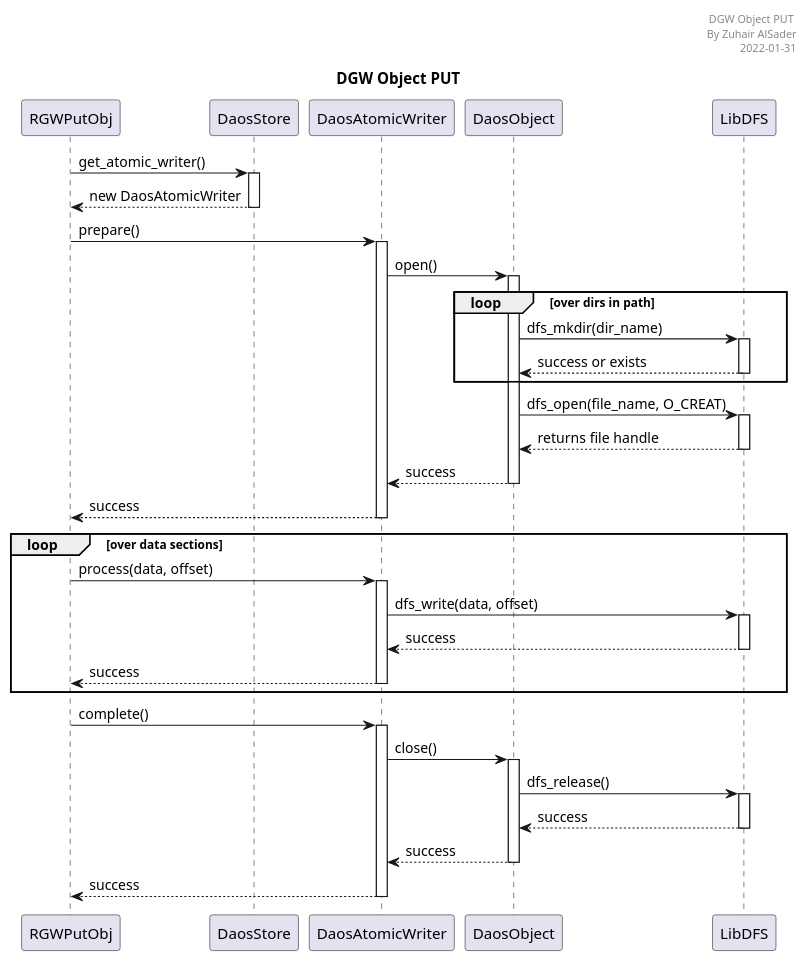
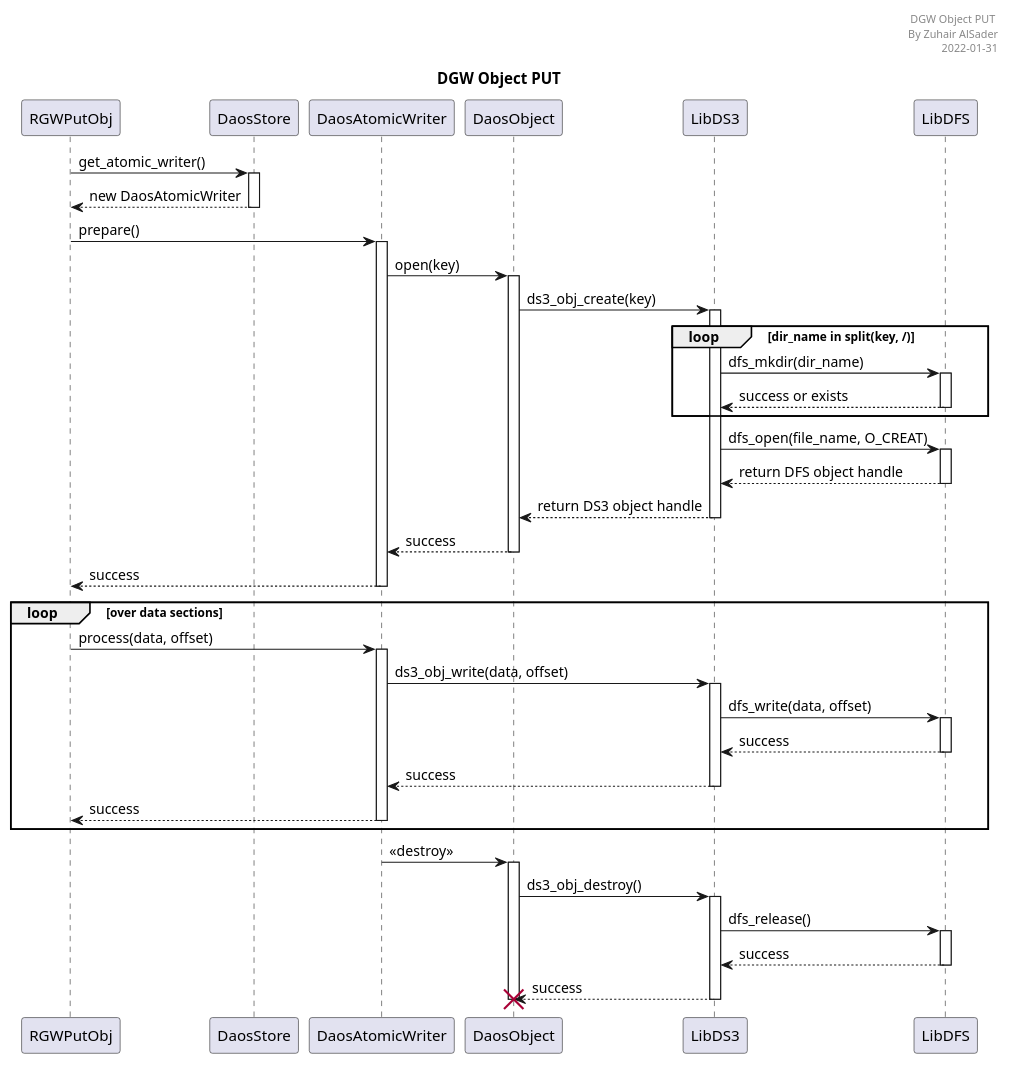
One commit to zalsader/DGW-ops changed the diagram in DGW_Object_PUT.plantuml. Above: the diagram before and after it, drawn with PlantUML. The commit also changed 2 other files, not shown here.

Commit message:
Update charts for libds3

```diff
--- a/DGW_Object_PUT.plantuml
+++ b/DGW_Object_PUT.plantuml
@@ -1,46 +1,51 @@
 @startuml DGW Object PUT
 
 header DGW Object PUT \n By Zuhair AlSader\n2022-01-31
 title DGW Object PUT
 
 participant "RGWPutObj" as rgw
 participant "DaosStore" as store
 participant "DaosAtomicWriter" as writer
 participant "DaosObject" as object
+participant "LibDS3" as libds3
 participant "LibDFS" as libdfs
 
 autoactivate on
 
 rgw -> store: get_atomic_writer()
 store --> rgw: new DaosAtomicWriter
 
 
 rgw -> writer: prepare()
-writer -> object: open()
+writer -> object: open(key)
+object -> libds3: ds3_obj_create(key)
 
-loop over dirs in path
-  object -> libdfs: dfs_mkdir(dir_name)
-  libdfs --> object: success or exists
+loop dir_name in split(key, /)
+  libds3 -> libdfs: dfs_mkdir(dir_name)
+  libdfs --> libds3: success or exists
 end
 
-object -> libdfs: dfs_open(file_name, O_CREAT)
-libdfs --> object: returns file handle
+libds3 -> libdfs: dfs_open(file_name, O_CREAT)
+libdfs --> libds3: return DFS object handle
 
+libds3 --> object: return DS3 object handle
 object --> writer: success
 writer --> rgw: success
 
 loop over data sections
   rgw -> writer: process(data, offset)
-  writer-> libdfs: dfs_write(data, offset)
-  libdfs --> writer: success
+  writer -> libds3: ds3_obj_write(data, offset)
+  libds3 -> libdfs: dfs_write(data, offset)
+  libdfs --> libds3: success
+  libds3 --> writer: success
   writer --> rgw: success
 end
 
-rgw -> writer: complete()
-writer -> object: close()
-object -> libdfs: dfs_release()
-libdfs --> object: success
-object --> writer: success
-writer --> rgw: success
+writer -> object: <<destroy>>
+object -> libds3: ds3_obj_destroy()
+libds3 -> libdfs: dfs_release()
+libdfs --> libds3: success
+libds3 --> object: success
+destroy object
 
 @enduml
```
